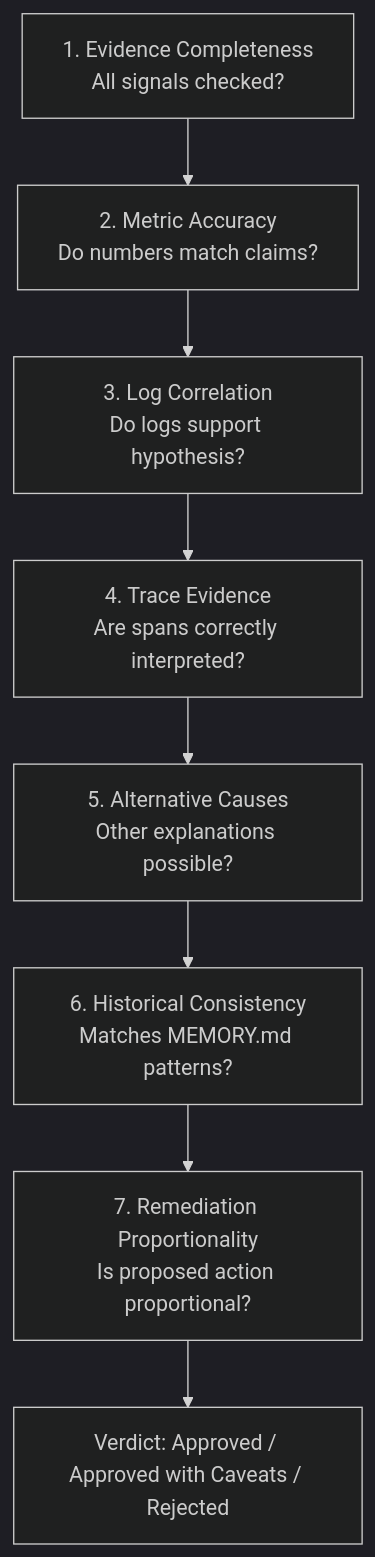
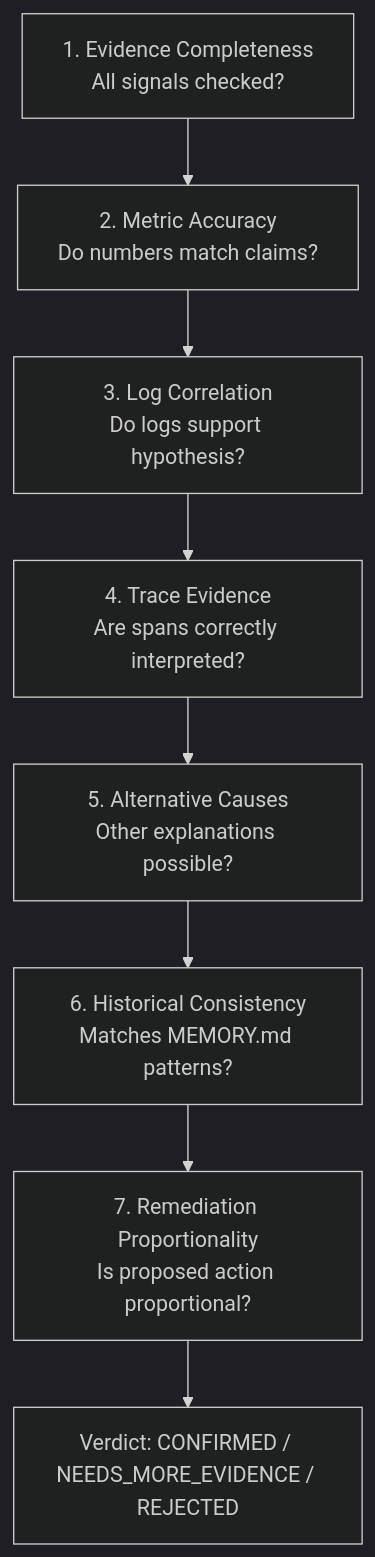
The second of 3 diagrams in docs/agents/reviewer.md (telemetryflow/telemetryflow-hermes), drawn with Mermaid (dark theme) before and after one commit. The commit also changed other lines of this file and 63 other files, not shown here.

````diff
--- a/docs/agents/reviewer.md
+++ b/docs/agents/reviewer.md
@@ -61,13 +68,13 @@
 ```mermaid
 graph TD
     E1["1. Evidence Completeness<br/>All signals checked?"]
     E2["2. Metric Accuracy<br/>Do numbers match claims?"]
     E3["3. Log Correlation<br/>Do logs support hypothesis?"]
     E4["4. Trace Evidence<br/>Are spans correctly interpreted?"]
     E5["5. Alternative Causes<br/>Other explanations possible?"]
     E6["6. Historical Consistency<br/>Matches MEMORY.md patterns?"]
     E7["7. Remediation Proportionality<br/>Is proposed action proportional?"]
 
     E1 --> E2 --> E3 --> E4 --> E5 --> E6 --> E7
-    E7 --> VERDICT["Verdict: Approved / Approved with Caveats / Rejected"]
+    E7 --> VERDICT["Verdict: CONFIRMED / NEEDS_MORE_EVIDENCE / REJECTED"]
 ```
````
